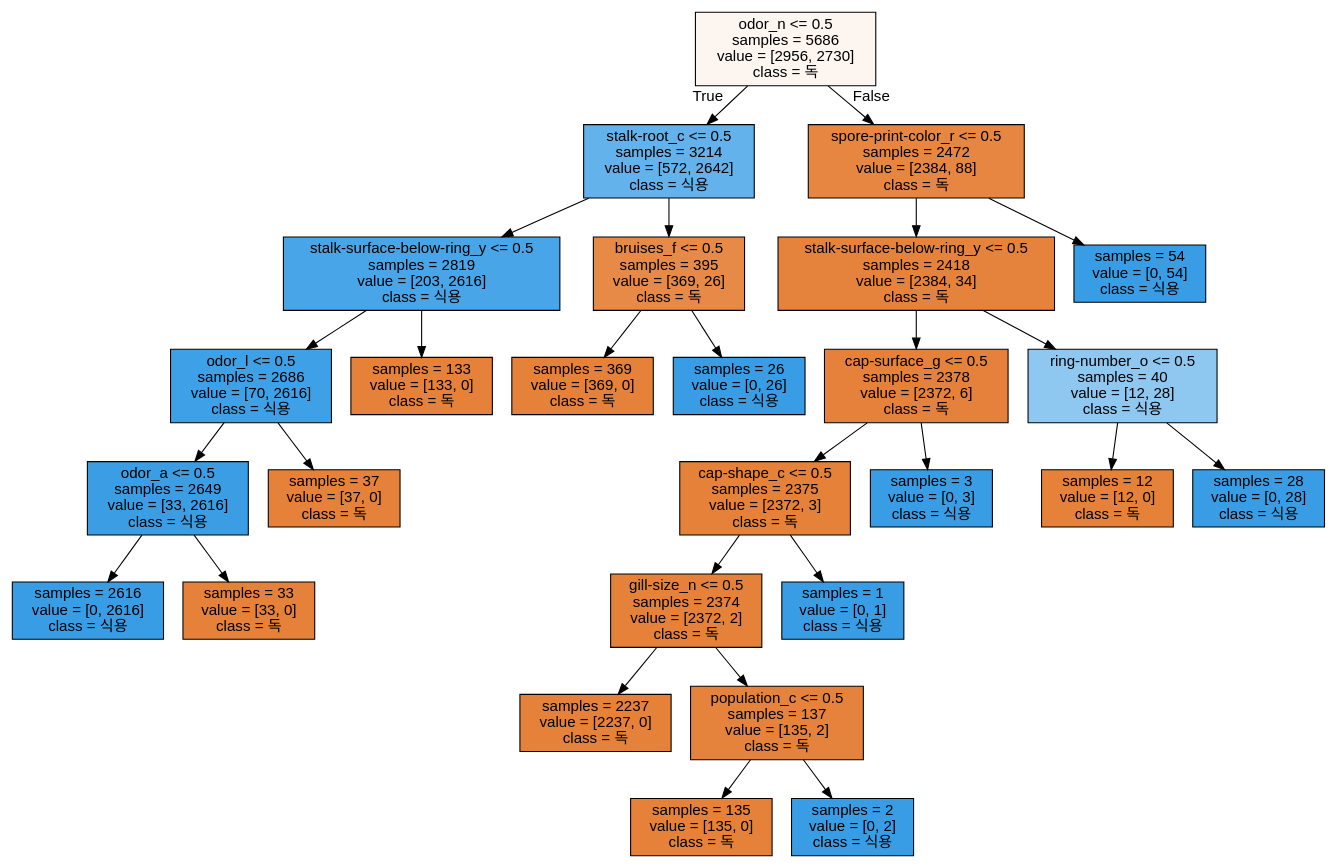
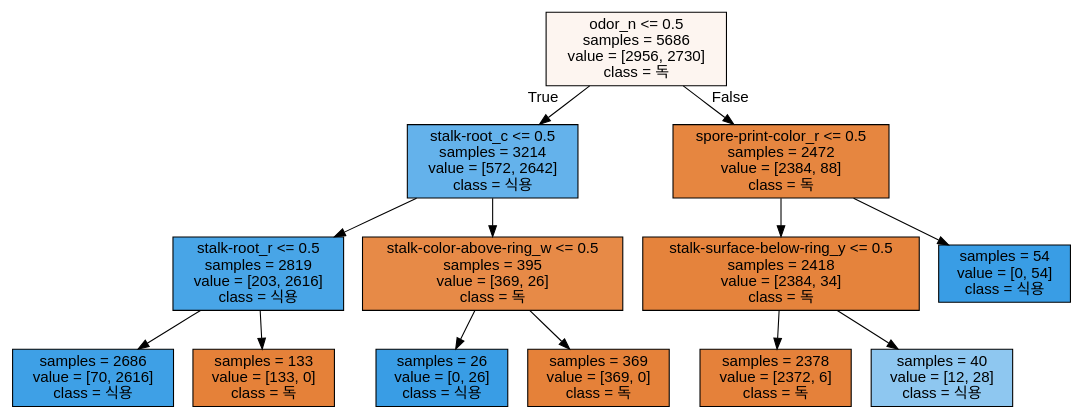
One commit to ydydydydydy/MachineLearning changed the diagram in tree.dot. Above: the diagram before and after it, drawn with Graphviz. The commit also changed 6 other files, not shown here.

```diff
--- a/tree.dot
+++ b/tree.dot
@@ -1,57 +1,29 @@
 digraph Tree {
 node [shape=box, style="filled", color="black", fontname="helvetica"] ;
 edge [fontname="helvetica"] ;
 0 [label="odor_n <= 0.5\nsamples = 5686\nvalue = [2956, 2730]\nclass = 독", fillcolor="#fdf5f0"] ;
 1 [label="stalk-root_c <= 0.5\nsamples = 3214\nvalue = [572, 2642]\nclass = 식용", fillcolor="#64b2eb"] ;
 0 -> 1 [labeldistance=2.5, labelangle=45, headlabel="True"] ;
-2 [label="stalk-surface-below-ring_y <= 0.5\nsamples = 2819\nvalue = [203, 2616]\nclass = 식용", fillcolor="#48a5e7"] ;
+2 [label="stalk-root_r <= 0.5\nsamples = 2819\nvalue = [203, 2616]\nclass = 식용", fillcolor="#48a5e7"] ;
 1 -> 2 ;
-3 [label="odor_l <= 0.5\nsamples = 2686\nvalue = [70, 2616]\nclass = 식용", fillcolor="#3ea0e6"] ;
+3 [label="samples = 2686\nvalue = [70, 2616]\nclass = 식용", fillcolor="#3ea0e6"] ;
 2 -> 3 ;
-4 [label="odor_a <= 0.5\nsamples = 2649\nvalue = [33, 2616]\nclass = 식용", fillcolor="#3b9ee5"] ;
-3 -> 4 ;
-5 [label="samples = 2616\nvalue = [0, 2616]\nclass = 식용", fillcolor="#399de5"] ;
-4 -> 5 ;
-6 [label="samples = 33\nvalue = [33, 0]\nclass = 독", fillcolor="#e58139"] ;
-4 -> 6 ;
-7 [label="samples = 37\nvalue = [37, 0]\nclass = 독", fillcolor="#e58139"] ;
-3 -> 7 ;
-8 [label="samples = 133\nvalue = [133, 0]\nclass = 독", fillcolor="#e58139"] ;
-2 -> 8 ;
-9 [label="bruises_f <= 0.5\nsamples = 395\nvalue = [369, 26]\nclass = 독", fillcolor="#e78a47"] ;
-1 -> 9 ;
-10 [label="samples = 369\nvalue = [369, 0]\nclass = 독", fillcolor="#e58139"] ;
+4 [label="samples = 133\nvalue = [133, 0]\nclass = 독", fillcolor="#e58139"] ;
+2 -> 4 ;
+5 [label="stalk-color-above-ring_w <= 0.5\nsamples = 395\nvalue = [369, 26]\nclass = 독", fillcolor="#e78a47"] ;
+1 -> 5 ;
+6 [label="samples = 26\nvalue = [0, 26]\nclass = 식용", fillcolor="#399de5"] ;
+5 -> 6 ;
+7 [label="samples = 369\nvalue = [369, 0]\nclass = 독", fillcolor="#e58139"] ;
+5 -> 7 ;
+8 [label="spore-print-color_r <= 0.5\nsamples = 2472\nvalue = [2384, 88]\nclass = 독", fillcolor="#e68640"] ;
+0 -> 8 [labeldistance=2.5, labelangle=-45, headlabel="False"] ;
+9 [label="stalk-surface-below-ring_y <= 0.5\nsamples = 2418\nvalue = [2384, 34]\nclass = 독", fillcolor="#e5833c"] ;
+8 -> 9 ;
+10 [label="samples = 2378\nvalue = [2372, 6]\nclass = 독", fillcolor="#e5813a"] ;
 9 -> 10 ;
-11 [label="samples = 26\nvalue = [0, 26]\nclass = 식용", fillcolor="#399de5"] ;
+11 [label="samples = 40\nvalue = [12, 28]\nclass = 식용", fillcolor="#8ec7f0"] ;
 9 -> 11 ;
-12 [label="spore-print-color_r <= 0.5\nsamples = 2472\nvalue = [2384, 88]\nclass = 독", fillcolor="#e68640"] ;
-0 -> 12 [labeldistance=2.5, labelangle=-45, headlabel="False"] ;
-13 [label="stalk-surface-below-ring_y <= 0.5\nsamples = 2418\nvalue = [2384, 34]\nclass = 독", fillcolor="#e5833c"] ;
-12 -> 13 ;
-14 [label="cap-surface_g <= 0.5\nsamples = 2378\nvalue = [2372, 6]\nclass = 독", fillcolor="#e5813a"] ;
-13 -> 14 ;
-15 [label="cap-shape_c <= 0.5\nsamples = 2375\nvalue = [2372, 3]\nclass = 독", fillcolor="#e58139"] ;
-14 -> 15 ;
-16 [label="gill-size_n <= 0.5\nsamples = 2374\nvalue = [2372, 2]\nclass = 독", fillcolor="#e58139"] ;
-15 -> 16 ;
-17 [label="samples = 2237\nvalue = [2237, 0]\nclass = 독", fillcolor="#e58139"] ;
-16 -> 17 ;
-18 [label="population_c <= 0.5\nsamples = 137\nvalue = [135, 2]\nclass = 독", fillcolor="#e5833c"] ;
-16 -> 18 ;
-19 [label="samples = 135\nvalue = [135, 0]\nclass = 독", fillcolor="#e58139"] ;
-18 -> 19 ;
-20 [label="samples = 2\nvalue = [0, 2]\nclass = 식용", fillcolor="#399de5"] ;
-18 -> 20 ;
-21 [label="samples = 1\nvalue = [0, 1]\nclass = 식용", fillcolor="#399de5"] ;
-15 -> 21 ;
-22 [label="samples = 3\nvalue = [0, 3]\nclass = 식용", fillcolor="#399de5"] ;
-14 -> 22 ;
-23 [label="ring-number_o <= 0.5\nsamples = 40\nvalue = [12, 28]\nclass = 식용", fillcolor="#8ec7f0"] ;
-13 -> 23 ;
-24 [label="samples = 12\nvalue = [12, 0]\nclass = 독", fillcolor="#e58139"] ;
-23 -> 24 ;
-25 [label="samples = 28\nvalue = [0, 28]\nclass = 식용", fillcolor="#399de5"] ;
-23 -> 25 ;
-26 [label="samples = 54\nvalue = [0, 54]\nclass = 식용", fillcolor="#399de5"] ;
-12 -> 26 ;
+12 [label="samples = 54\nvalue = [0, 54]\nclass = 식용", fillcolor="#399de5"] ;
+8 -> 12 ;
 }
```
